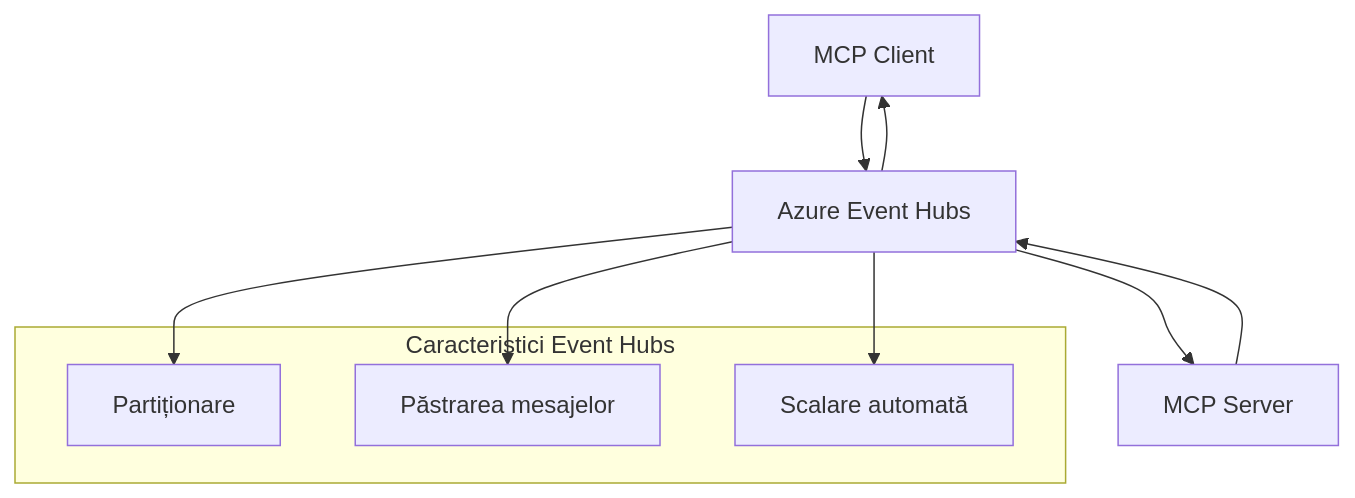
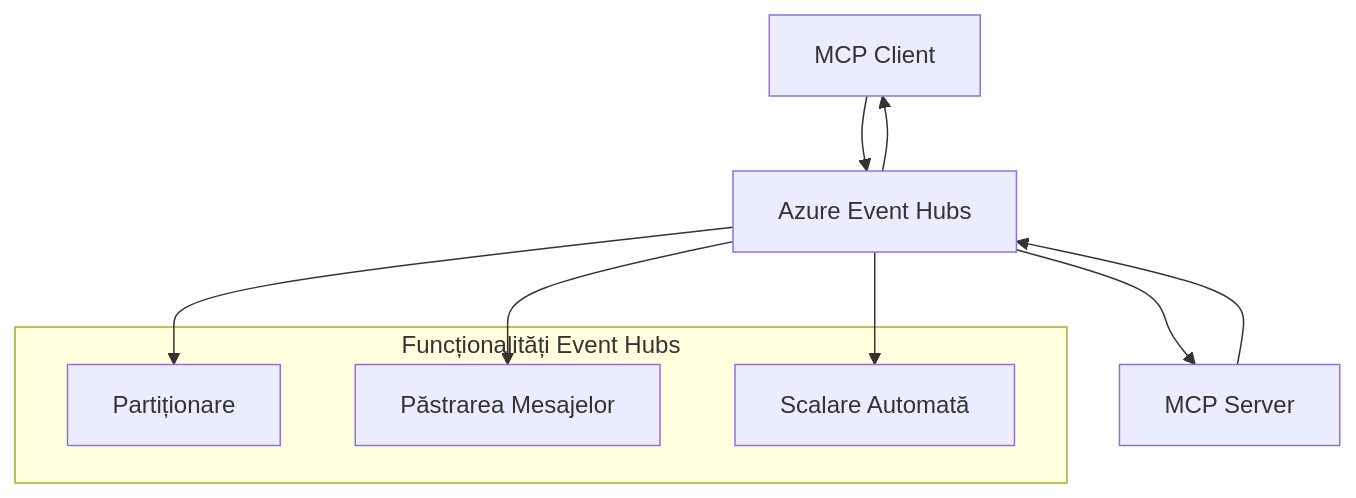
The second of 2 diagrams in mcp_ecosystem__model_context_protocol/mcp_learning_resources/mcp-for-beginners/translations/ro/05-AdvancedTopics/mcp-transport/README.md (HIDORAKAI002/ai-workspace-archive), drawn with Mermaid before and after one commit. The commit also changed other lines of this file and 1539 other files, not shown here.

````diff
--- a/mcp_ecosystem__model_context_protocol/mcp_learning_resources/mcp-for-beginners/translations/ro/05-AdvancedTopics/mcp-transport/README.md
+++ b/mcp_ecosystem__model_context_protocol/mcp_learning_resources/mcp-for-beginners/translations/ro/05-AdvancedTopics/mcp-transport/README.md
@@ -269,17 +270,17 @@
 ```mermaid
 graph TB
     Client[MCP Client] --> EH[Azure Event Hubs]
     EH --> Server[MCP Server]
     Server --> EH
     EH --> Client
     
-    subgraph "Caracteristici Event Hubs"
+    subgraph "Funcționalități Event Hubs"
         Partition[Partiționare]
-        Retention[Păstrarea mesajelor]
-        Scaling[Scalare automată]
+        Retention[Păstrarea Mesajelor]
+        Scaling[Scalare Automată]
     end
     
     EH --> Partition
     EH --> Retention
     EH --> Scaling
 ```
````
